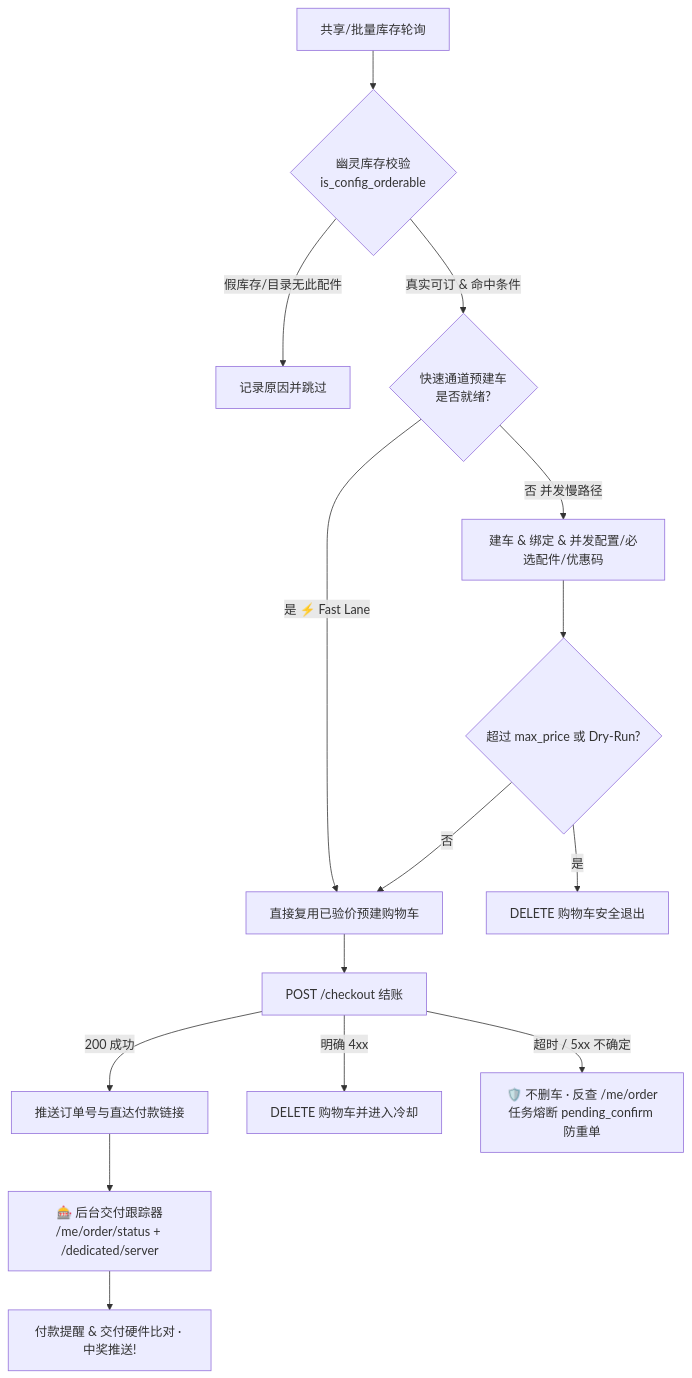
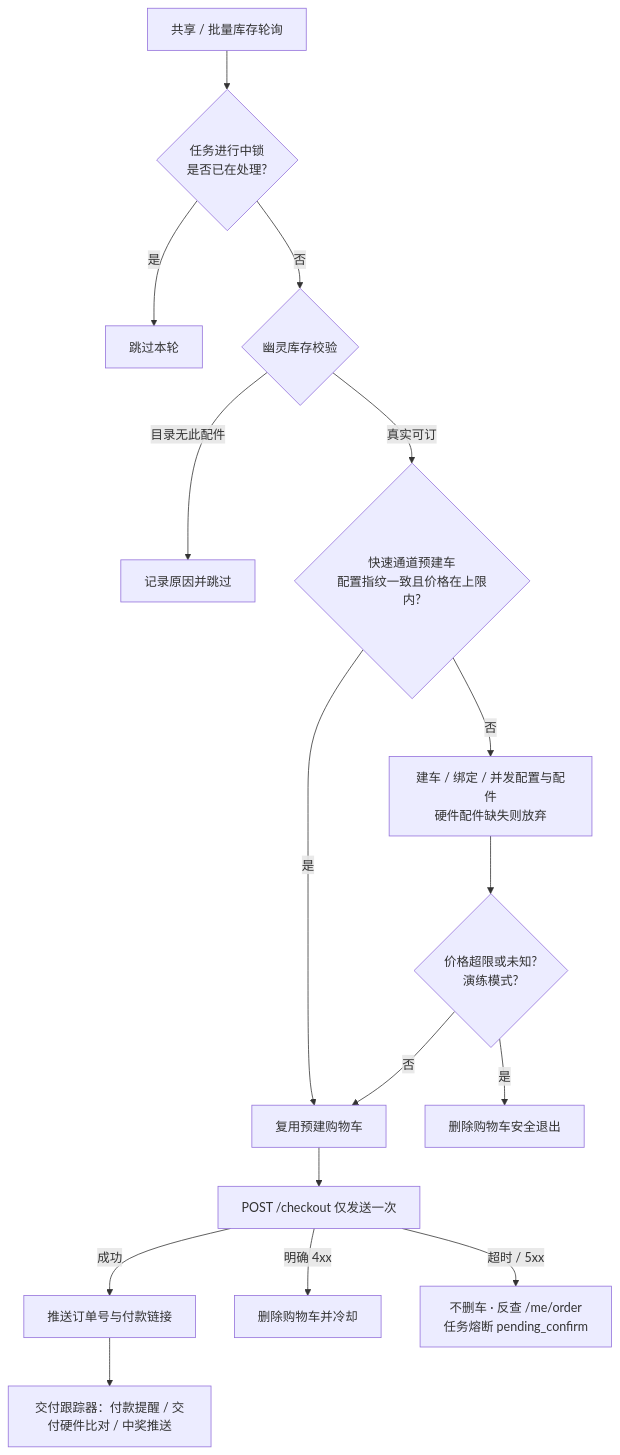
One commit to AtomBoyC/ovh-buyer changed the diagram in README.md. Above: the diagram before and after it, drawn with Mermaid. The commit also changed other lines of this file and 7 other files, not shown here.

````diff
--- a/README.md
+++ b/README.md
@@ -41,17 +93,18 @@
 ```mermaid
 flowchart TD
-    A[共享/批量库存轮询] --> B{幽灵库存校验<br/>is_config_orderable}
-    B -- 假库存/目录无此配件 --> X[记录原因并跳过]
-    B -- 真实可订 & 命中条件 --> C{快速通道预建车<br/>是否就绪?}
-    C -- 是 ⚡ Fast Lane --> D[直接复用已验价预建购物车]
-    C -- 否 并发慢路径 --> E[建车 & 绑定 & 并发配置/必选配件/优惠码]
-    E --> F{超过 max_price 或 Dry-Run?}
-    F -- 是 --> G[DELETE 购物车安全退出]
+    A[共享 / 批量库存轮询] --> L{任务进行中锁<br/>是否已在处理?}
+    L -- 是 --> S[跳过本轮]
+    L -- 否 --> B{幽灵库存校验}
+    B -- 目录无此配件 --> X[记录原因并跳过]
+    B -- 真实可订 --> C{快速通道预建车<br/>配置指纹一致且价格在上限内?}
+    C -- 是 --> D[复用预建购物车]
+    C -- 否 --> E[建车 / 绑定 / 并发配置与配件<br/>硬件配件缺失则放弃]
+    E --> F{价格超限或未知?<br/>演练模式?}
+    F -- 是 --> G[删除购物车安全退出]
     F -- 否 --> D
-    D --> H[POST /checkout 结账]
-    H -- 200 成功 --> I[推送订单号与直达付款链接]
-    H -- 明确 4xx --> J[DELETE 购物车并进入冷却]
-    H -- 超时 / 5xx 不确定 --> K[🛡️ 不删车 · 反查 /me/order<br/>任务熔断 pending_confirm 防重单]
-    I --> L[🎰 后台交付跟踪器<br/>/me/order/status + /dedicated/server]
-    L --> M[付款提醒 & 交付硬件比对 · 中奖推送!]
+    D --> H[POST /checkout 仅发送一次]
+    H -- 成功 --> I[推送订单号与付款链接]
+    H -- 明确 4xx --> J[删除购物车并冷却]
+    H -- 超时 / 5xx --> K[不删车 · 反查 /me/order<br/>任务熔断 pending_confirm]
+    I --> T[交付跟踪器：付款提醒 / 交付硬件比对 / 中奖推送]
 ```
````
